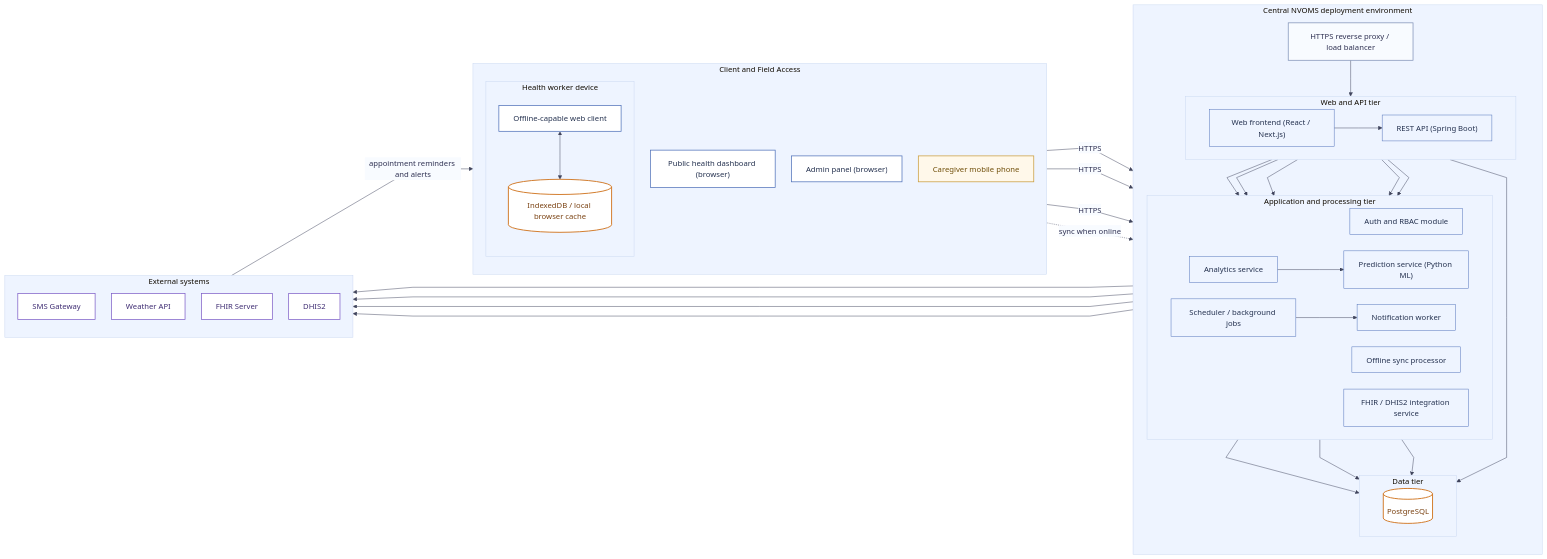
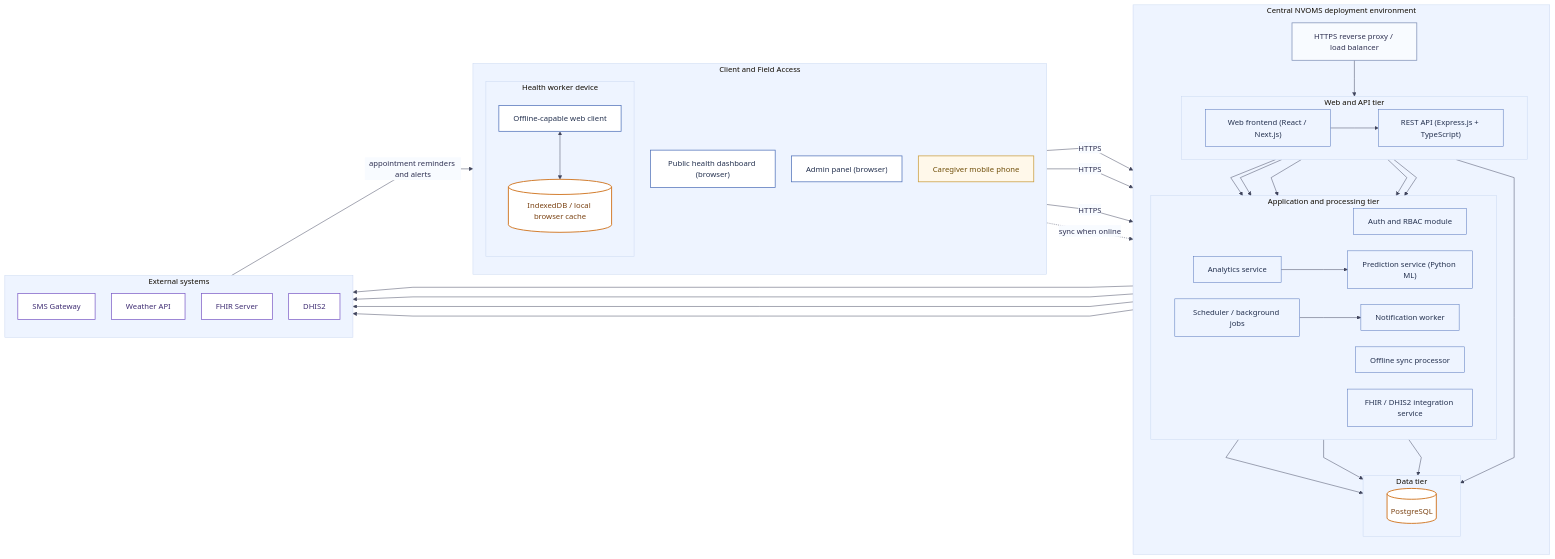
One commit to solomon-spec/NVOMS changed the diagram in documentation/assets/diagrams/mermaid/figure-4-03-deployment-diagram.mmd. Above: the diagram before and after it, drawn with Mermaid. The commit also changed 98 other files, not shown here.

```diff
--- a/documentation/assets/diagrams/mermaid/figure-4-03-deployment-diagram.mmd
+++ b/documentation/assets/diagrams/mermaid/figure-4-03-deployment-diagram.mmd
@@ -1,102 +1,102 @@
 %%{init: {
   "theme": "base",
   "themeVariables": {
     "primaryColor": "#ffffff",
     "primaryBorderColor": "#5a6278",
     "primaryTextColor": "#2f3152",
     "secondaryColor": "#f8fbff",
     "tertiaryColor": "#eef4ff",
     "lineColor": "#40455d",
     "fontFamily": "Arial, Helvetica, sans-serif"
   },
   "flowchart": {
     "curve": "linear",
     "nodeSpacing": 34,
     "rankSpacing": 50,
     "htmlLabels": true
   }
 }}%%
 %% Mermaid flowchart approximation of a UML deployment diagram for the NVOMS MVP.
 flowchart LR
     classDef client fill:#ffffff,stroke:#4d6fb8,color:#24314f,stroke-width:1.5px
     classDef edge fill:#f8fbff,stroke:#7e90b6,color:#2f3152,stroke-width:1.5px
     classDef service fill:#eef4ff,stroke:#4d6fb8,color:#24314f,stroke-width:1px
     classDef store fill:#ffffff,stroke:#d17a28,color:#7a4212,stroke-width:2px
     classDef external fill:#ffffff,stroke:#7c5cc6,color:#3f2d73,stroke-width:1.5px
     classDef device fill:#fff8ea,stroke:#c89a38,color:#6f4e08,stroke-width:1.5px
 
     subgraph clients["Client and Field Access"]
         direction TB
         subgraph hwNode["Health worker device"]
             direction TB
             hwBrowser["Offline-capable web client"]:::client
             hwCache[("IndexedDB / local browser cache")]:::store
             hwBrowser <--> hwCache
         end
         dashboard["Public health dashboard (browser)"]:::client
         admin["Admin panel (browser)"]:::client
         caregiver["Caregiver mobile phone"]:::device
     end
 
     subgraph platform["Central NVOMS deployment environment"]
         direction TB
         ingress["HTTPS reverse proxy / load balancer"]:::edge
 
         subgraph webTier["Web and API tier"]
             direction LR
             web["Web frontend (React / Next.js)"]:::service
-            api["REST API (Spring Boot)"]:::service
+            api["REST API (Express.js + TypeScript)"]:::service
         end
 
         subgraph appTier["Application and processing tier"]
             direction LR
             auth["Auth and RBAC module"]:::service
             sync["Offline sync processor"]:::service
             analytics["Analytics service"]:::service
             prediction["Prediction service (Python ML)"]:::service
             interoperability["FHIR / DHIS2 integration service"]:::service
             scheduler["Scheduler / background jobs"]:::service
             notification["Notification worker"]:::service
         end
 
         subgraph dataTier["Data tier"]
             direction LR
             postgres[(PostgreSQL)]:::store
         end
     end
 
     subgraph externalSystems["External systems"]
         direction TB
         sms["SMS Gateway"]:::external
         weather["Weather API"]:::external
         fhir["FHIR Server"]:::external
         dhis2["DHIS2"]:::external
     end
 
     hwBrowser -->|HTTPS| ingress
     dashboard -->|HTTPS| ingress
     admin -->|HTTPS| ingress
 
     ingress --> web
     web --> api
 
     hwCache -. sync when online .-> api
 
     api --> auth
     api --> sync
     api --> analytics
     api --> interoperability
     api --> scheduler
     analytics --> prediction
     scheduler --> notification
 
     api --> postgres
     prediction --> postgres
     scheduler --> postgres
     interoperability --> postgres
 
     notification --> sms
     sms -->|appointment reminders and alerts| caregiver
     prediction --> weather
     interoperability --> fhir
     interoperability --> dhis2
```
